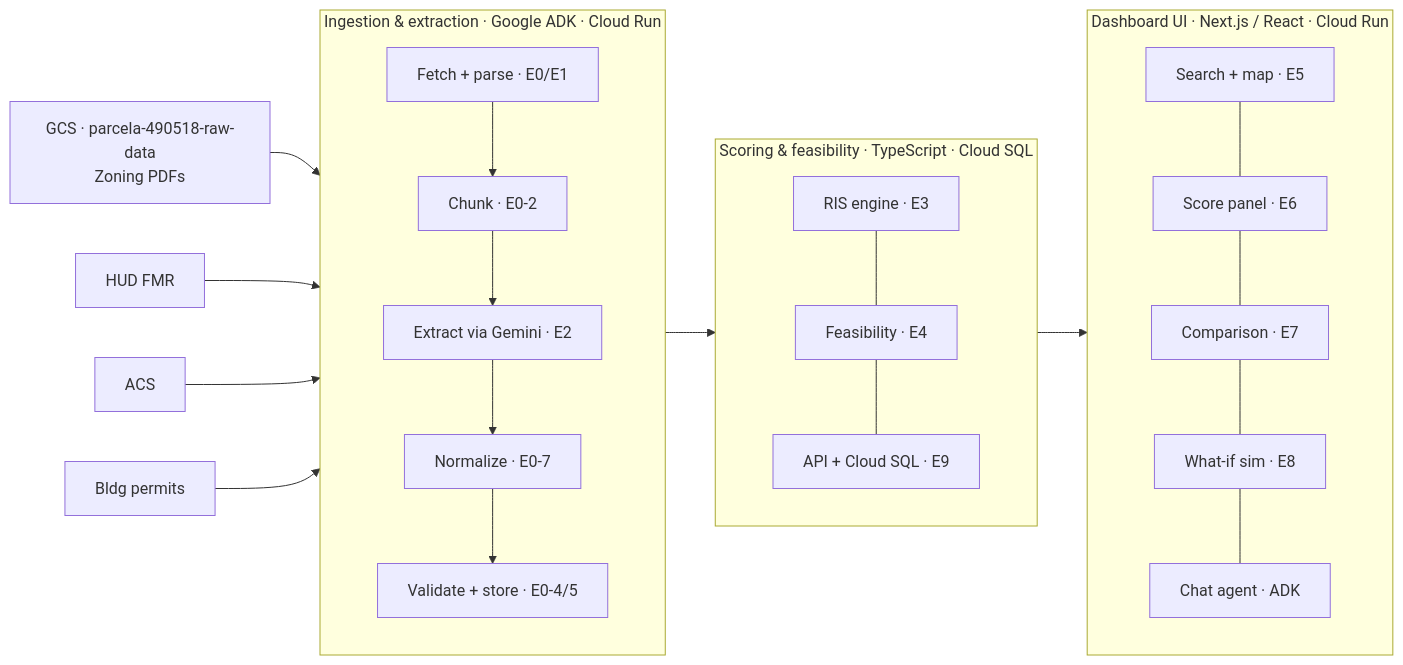
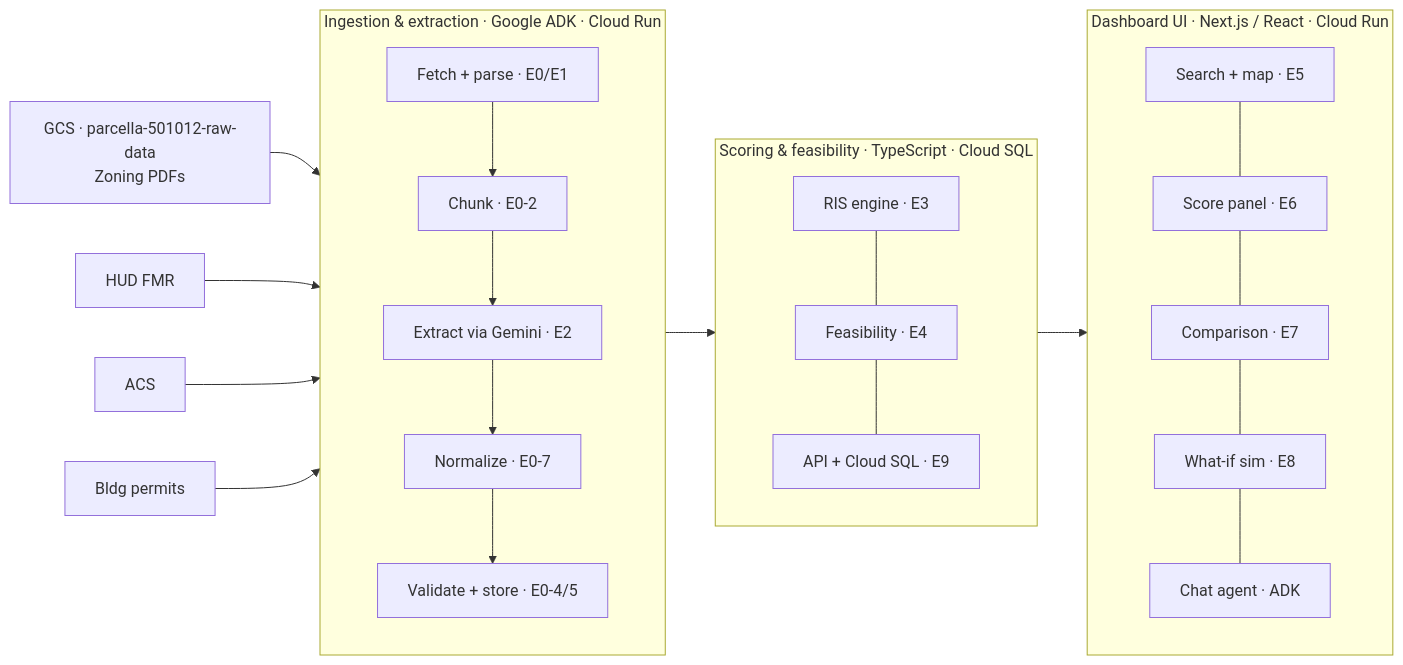
Before and after one commit to excellaco/act-iac-ai-hackathon: the diagram in docs/ARCHITECTURE.md, drawn with Mermaid. The commit also changed other lines of this file and 19 other files, not shown here.

First line of the commit message:
chore: re-point project config from parcela-490518 to parcella-501012 (#275)

````diff
--- a/docs/ARCHITECTURE.md
+++ b/docs/ARCHITECTURE.md
@@ -5,27 +5,27 @@
 ```mermaid
 flowchart LR
-  GCS["GCS · parcela-490518-raw-data\nZoning PDFs"]
+  GCS["GCS · parcella-501012-raw-data\nZoning PDFs"]
   F["HUD FMR"]
   A["ACS"]
   B["Bldg permits"]
 
   subgraph PIPE["Ingestion & extraction · Google ADK · Cloud Run"]
     P1["Fetch + parse · E0/E1"] --> P2["Chunk · E0-2"] --> P3["Extract via Gemini · E2"] --> P3b["Normalize · E0-7"] --> P4["Validate + store · E0-4/5"]
   end
 
   subgraph UI["Dashboard UI · Next.js / React · Cloud Run"]
     U1["Search + map · E5"] --- U2["Score panel · E6"] --- U3["Comparison · E7"] --- U4["What-if sim · E8"] --- U5["Chat agent · ADK"]
   end
 
   subgraph SCORE["Scoring & feasibility · TypeScript · Cloud SQL"]
     S1["RIS engine · E3"] --- S2["Feasibility · E4"] --- S3["API + Cloud SQL · E9"]
   end
 
   GCS --> PIPE
   F --> PIPE
   A --> PIPE
   B --> PIPE
 
   PIPE --> SCORE
   SCORE --> UI
 ```
````
